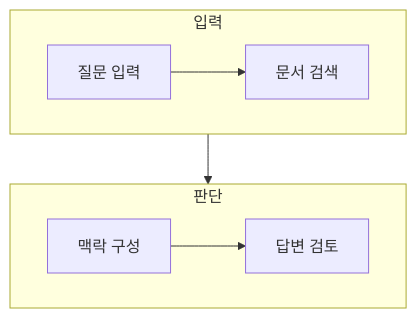
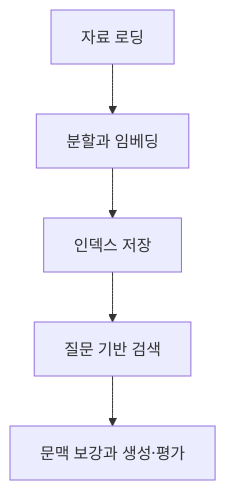
One commit to umyunsang/edu changed the diagram in ComputerScience/03_ai-ml-data/large-language-models/notes/04. RAG의 원리와 인덱싱.md. Above: the diagram before and after it, drawn with Mermaid. The commit also changed other lines of this file and 5 other files, not shown here.

````diff
--- a/ComputerScience/03_ai-ml-data/large-language-models/notes/04. RAG의 원리와 인덱싱.md
+++ b/ComputerScience/03_ai-ml-data/large-language-models/notes/04. RAG의 원리와 인덱싱.md
@@ -24,12 +45,7 @@
 ```mermaid
 flowchart TB
-    subgraph Input[입력]
-        direction LR
-        A[질문 입력] --> B[문서 검색]
-    end
-    subgraph Decision[판단]
-        direction LR
-        C[맥락 구성] --> D[답변 검토]
-    end
-    B --> C
+  A["자료 로딩"] --> B["분할과 임베딩"]
+  B --> C["인덱스 저장"]
+  C --> D["질문 기반 검색"]
+  D --> E["문맥 보강과 생성·평가"]
 ```
````
